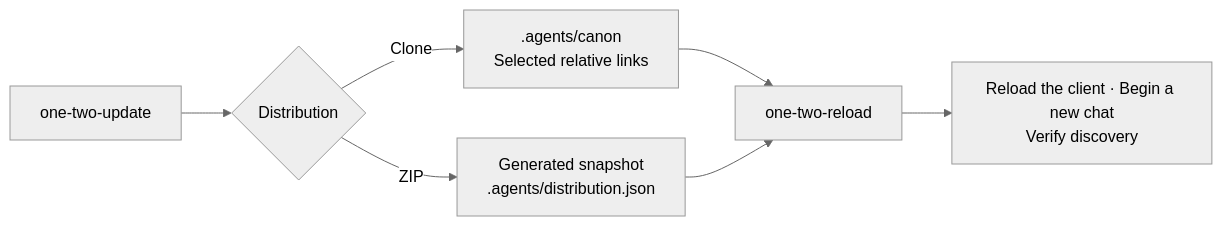
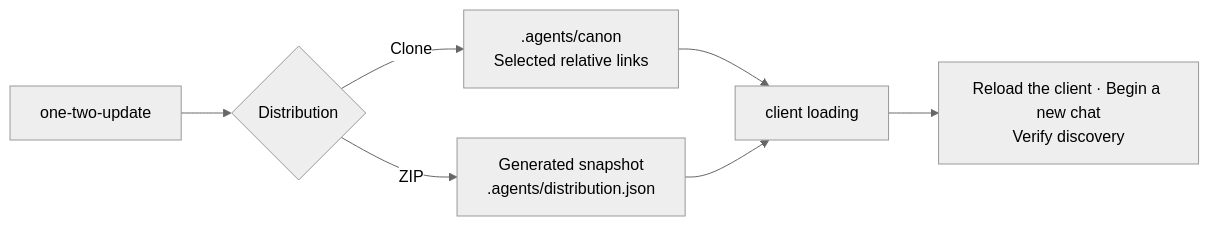
One commit to cangrejometralleta/OneTwoThree changed the third of 4 diagrams in README.md. Above: the diagram before and after it, drawn with Mermaid (neutral theme). The commit also changed other lines of this file and 16 other files, not shown here.

````diff
--- a/README.md
+++ b/README.md
@@ -288,9 +287,9 @@
 ```mermaid
 flowchart LR
     UPDATE["one-two-update"] --> FORMAT{"Distribution"}
     FORMAT -- "Clone" --> CLONE[".agents/canon<br/>Selected relative links"]
     FORMAT -- "ZIP" --> ZIP["Generated snapshot<br/>.agents/distribution.json"]
-    CLONE --> RELOAD["one-two-reload"]
+    CLONE --> RELOAD["client loading"]
     ZIP --> RELOAD
     RELOAD --> VERIFY["Reload the client · Begin a new chat<br/>Verify discovery"]
 ```
````
